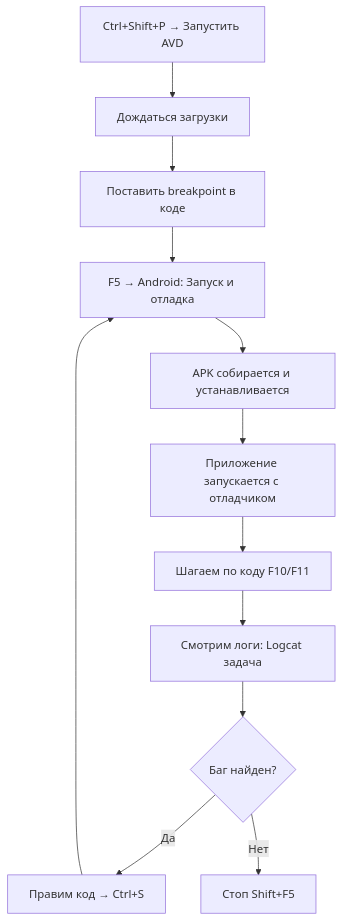
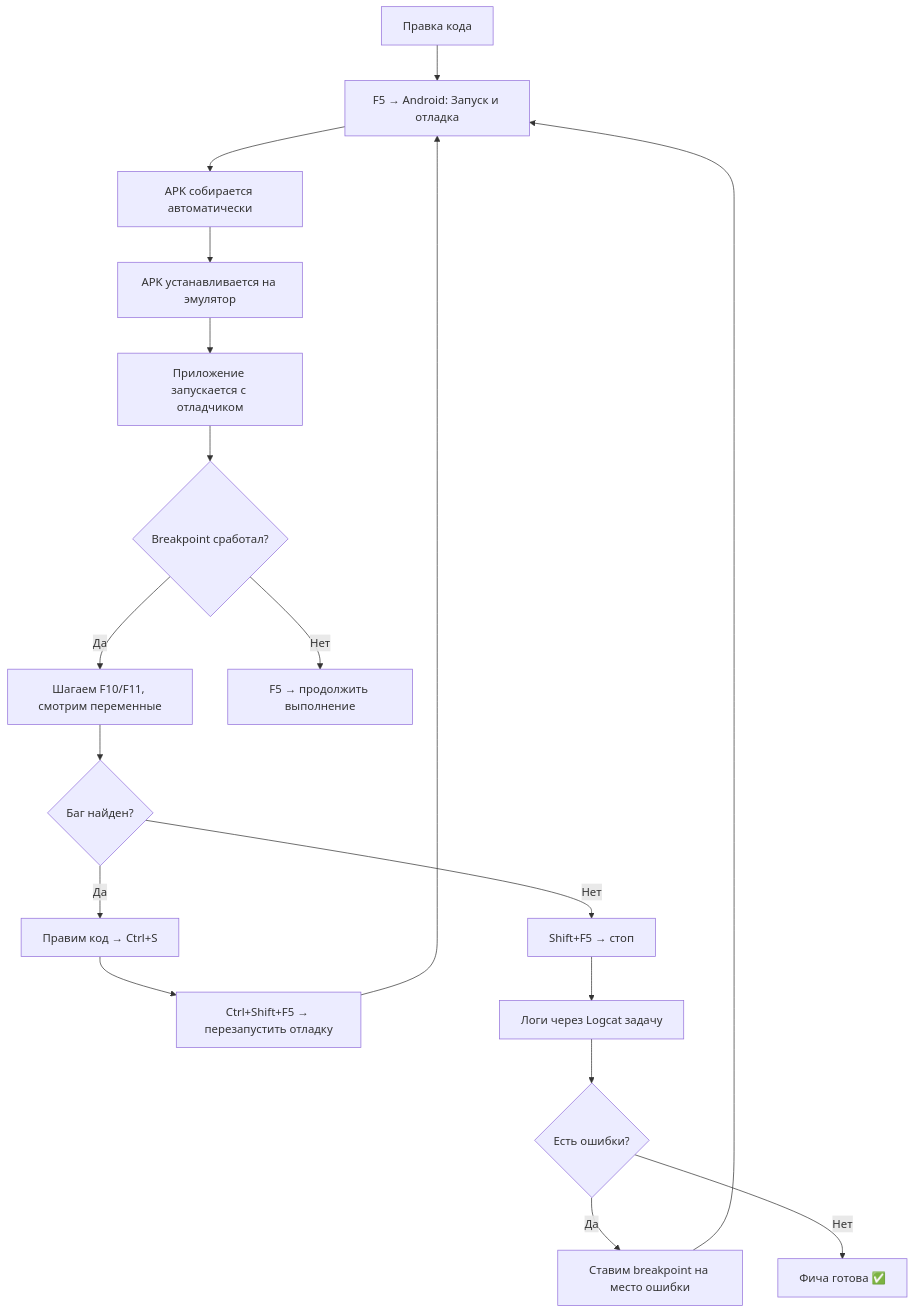
Before and after one commit to ZDarow/Equalizer314: the diagram in .vscode/ANDROID_DEBUG_GUIDE.md, drawn with Mermaid. The commit also changed other lines of this file and 16 other files, not shown here.

````diff
--- a/.vscode/ANDROID_DEBUG_GUIDE.md
+++ b/.vscode/ANDROID_DEBUG_GUIDE.md
@@ -130,14 +162,20 @@
 ```mermaid
 flowchart TD
-    A[Ctrl+Shift+P → Запустить AVD] --> B[Дождаться загрузки]
-    B --> C[Поставить breakpoint в коде]
-    C --> D[F5 → Android: Запуск и отладка]
-    D --> E[APK собирается и устанавливается]
-    E --> F[Приложение запускается с отладчиком]
-    F --> G[Шагаем по коду F10/F11]
-    G --> H[Смотрим логи: Logcat задача]
-    H --> I{Баг найден?}
+    A[Правка кода] --> B[F5 → Android: Запуск и отладка]
+    B --> C[APK собирается автоматически]
+    C --> D[APK устанавливается на эмулятор]
+    D --> E[Приложение запускается с отладчиком]
+    E --> F{Breakpoint сработал?}
+    F -->|Да| G[Шагаем F10/F11, смотрим переменные]
+    F -->|Нет| H[F5 → продолжить выполнение]
+    G --> I{Баг найден?}
     I -->|Да| J[Правим код → Ctrl+S]
-    J --> D
-    I -->|Нет| K[Стоп Shift+F5]
+    J --> K[Ctrl+Shift+F5 → перезапустить отладку]
+    K --> B
+    I -->|Нет| L[Shift+F5 → стоп]
+    L --> M[Логи через Logcat задачу]
+    M --> N{Есть ошибки?}
+    N -->|Да| O[Ставим breakpoint на место ошибки]
+    O --> B
+    N -->|Нет| P[Фича готова ✅]
 ```
````
